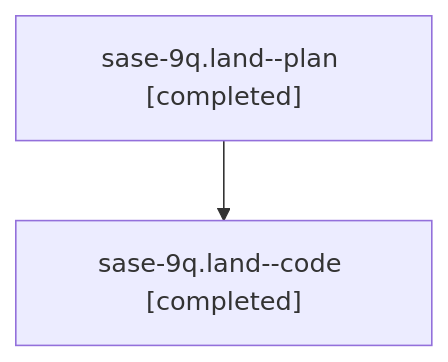
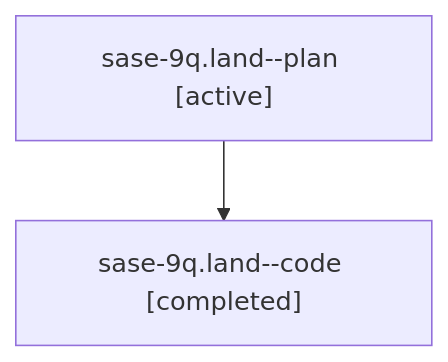
The diagram in families/bbugyi200.athena.sase-9q.land.md (sase-org/sase--agents), drawn with Mermaid before and after one commit. The commit also changed other lines of this file and 8679 other files, not shown here.

````diff
--- a/families/bbugyi200.athena.sase-9q.land.md
+++ b/families/bbugyi200.athena.sase-9q.land.md
@@ -9,6 +9,6 @@
 ```mermaid
 flowchart TD
-  n0["sase-9q.land--plan [completed]"]
+  n0["sase-9q.land--plan [active]"]
   n1["sase-9q.land--code [completed]"]
   n0 --> n1
 ```
````
